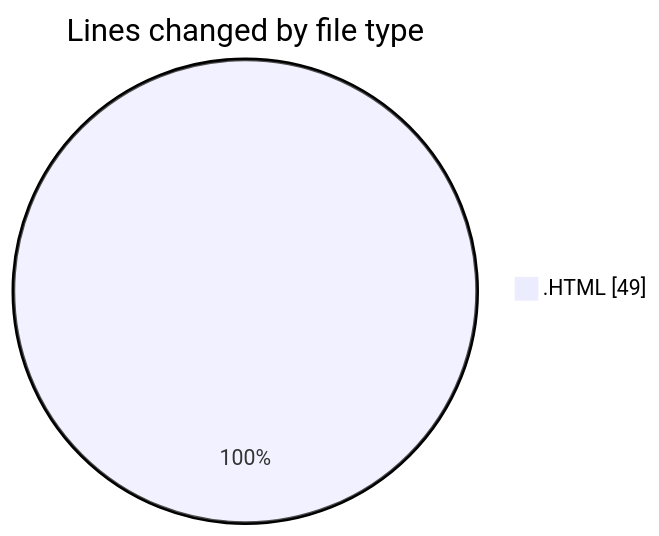
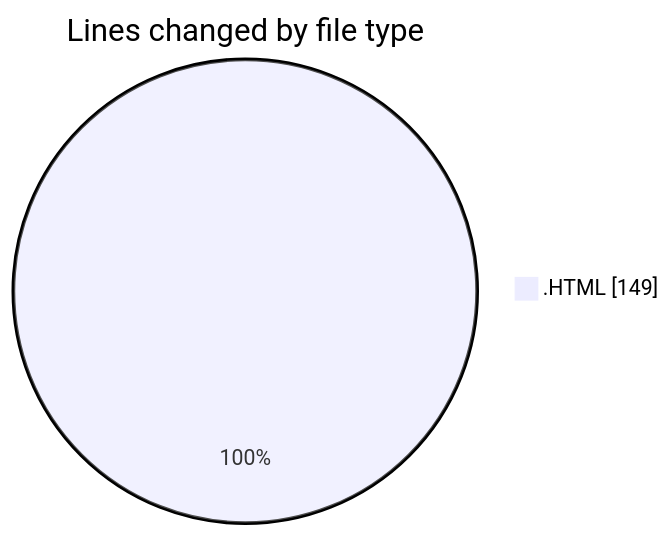
Before and after one commit to Unknowalive/code-tracking: the first of 2 diagrams in 2026-09-03/web_tec_2026/README.md, drawn with Mermaid. The commit also changed other lines of this file and 1 other file, not shown here.

````diff
--- a/2026-09-03/web_tec_2026/README.md
+++ b/2026-09-03/web_tec_2026/README.md
@@ -20,5 +22,5 @@
 ```mermaid
 pie showData
 title Lines changed by file type
-".HTML" : 49
+".HTML" : 149
 ```
````
